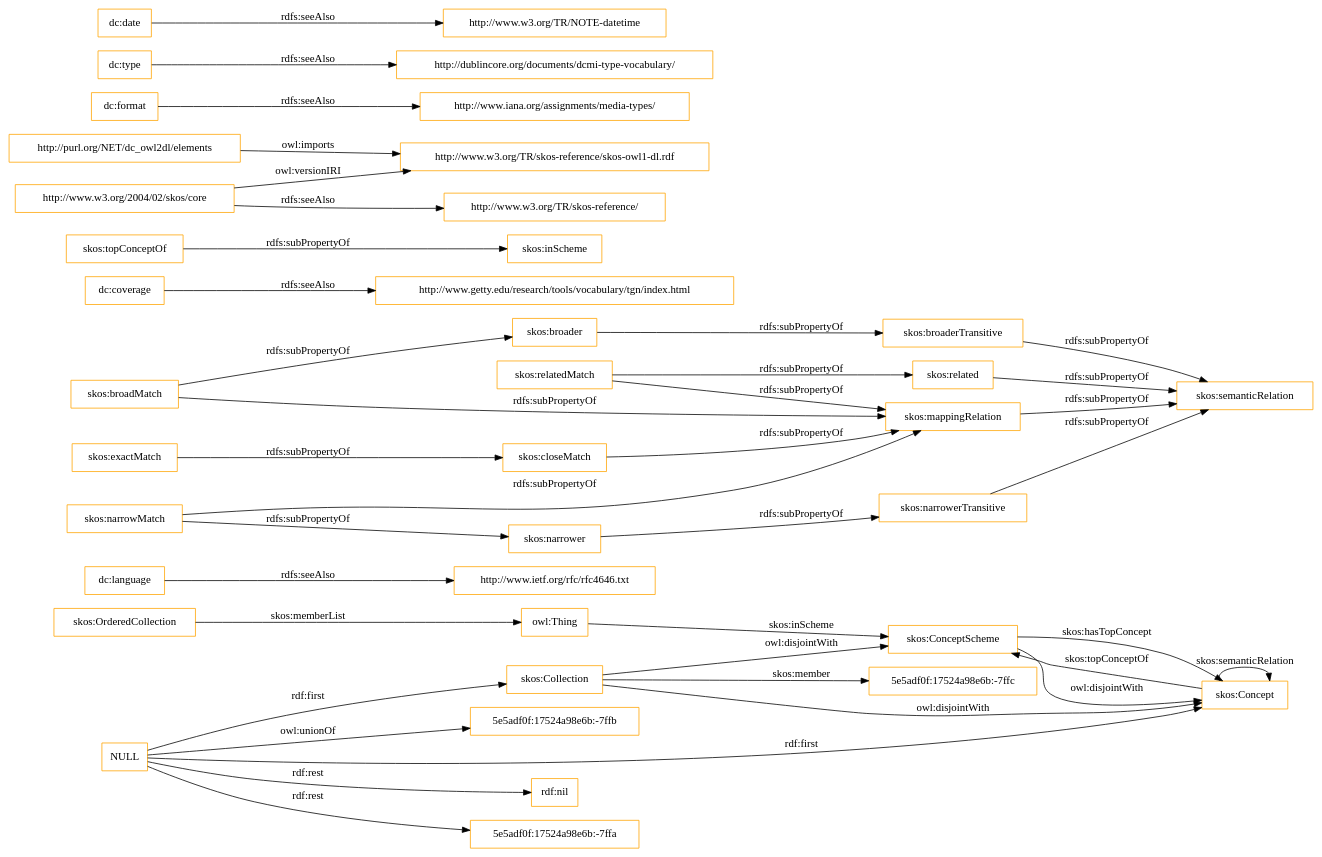
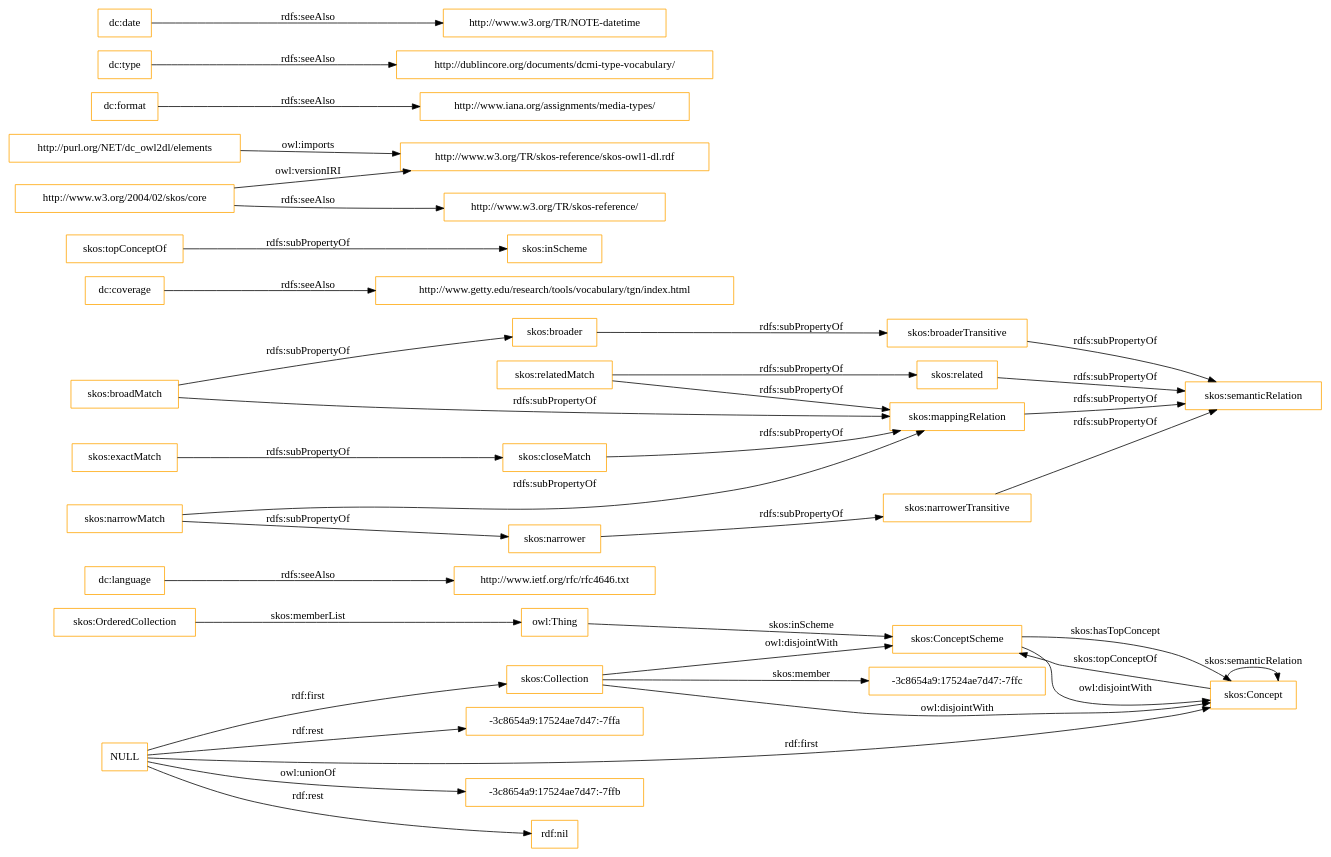
Before and after one commit to OnToologyUser/core-ontology-1: the diagram in OnToology/imports/elements.owl/diagrams/ar2dtool-class/elements.owl.png.dot, drawn with Graphviz. The commit also changed 14 other files, not shown here.

```diff
--- a/OnToology/imports/elements.owl/diagrams/ar2dtool-class/elements.owl.png.dot
+++ b/OnToology/imports/elements.owl/diagrams/ar2dtool-class/elements.owl.png.dot
@@ -1,43 +1,43 @@
 digraph ar2dtool_diagram { 
 rankdir=LR;
 size="1501"
-node [shape = rectangle, color="orange"]; "5e5adf0f:17524a98e6b:-7ffc" "skos:OrderedCollection" "skos:Collection" "skos:ConceptScheme" "skos:Concept" ; /*classes style*/
+node [shape = rectangle, color="orange"]; "-3c8654a9:17524ae7d47:-7ffc" "skos:OrderedCollection" "skos:Collection" "skos:ConceptScheme" "skos:Concept" ; /*classes style*/
 	"dc:language" -> "http://www.ietf.org/rfc/rfc4646.txt" [ label = "rdfs:seeAlso" ];
+	"NULL" -> "-3c8654a9:17524ae7d47:-7ffb" [ label = "owl:unionOf" ];
 	"NULL" -> "rdf:nil" [ label = "rdf:rest" ];
 	"NULL" -> "skos:Collection" [ label = "rdf:first" ];
-	"NULL" -> "5e5adf0f:17524a98e6b:-7ffa" [ label = "rdf:rest" ];
+	"NULL" -> "-3c8654a9:17524ae7d47:-7ffa" [ label = "rdf:rest" ];
 	"NULL" -> "skos:Concept" [ label = "rdf:first" ];
-	"NULL" -> "5e5adf0f:17524a98e6b:-7ffb" [ label = "owl:unionOf" ];
 	"skos:closeMatch" -> "skos:mappingRelation" [ label = "rdfs:subPropertyOf" ];
 	"dc:coverage" -> "http://www.getty.edu/research/tools/vocabulary/tgn/index.html" [ label = "rdfs:seeAlso" ];
 	"skos:relatedMatch" -> "skos:related" [ label = "rdfs:subPropertyOf" ];
 	"skos:relatedMatch" -> "skos:mappingRelation" [ label = "rdfs:subPropertyOf" ];
 	"skos:ConceptScheme" -> "skos:Concept" [ label = "owl:disjointWith" ];
 	"skos:related" -> "skos:semanticRelation" [ label = "rdfs:subPropertyOf" ];
 	"skos:topConceptOf" -> "skos:inScheme" [ label = "rdfs:subPropertyOf" ];
 	"skos:broadMatch" -> "skos:broader" [ label = "rdfs:subPropertyOf" ];
 	"skos:broadMatch" -> "skos:mappingRelation" [ label = "rdfs:subPropertyOf" ];
 	"http://purl.org/NET/dc_owl2dl/elements" -> "http://www.w3.org/TR/skos-reference/skos-owl1-dl.rdf" [ label = "owl:imports" ];
 	"skos:exactMatch" -> "skos:closeMatch" [ label = "rdfs:subPropertyOf" ];
 	"dc:format" -> "http://www.iana.org/assignments/media-types/" [ label = "rdfs:seeAlso" ];
 	"skos:broaderTransitive" -> "skos:semanticRelation" [ label = "rdfs:subPropertyOf" ];
 	"dc:type" -> "http://dublincore.org/documents/dcmi-type-vocabulary/" [ label = "rdfs:seeAlso" ];
 	"skos:broader" -> "skos:broaderTransitive" [ label = "rdfs:subPropertyOf" ];
 	"skos:mappingRelation" -> "skos:semanticRelation" [ label = "rdfs:subPropertyOf" ];
 	"http://www.w3.org/2004/02/skos/core" -> "http://www.w3.org/TR/skos-reference/skos-owl1-dl.rdf" [ label = "owl:versionIRI" ];
 	"http://www.w3.org/2004/02/skos/core" -> "http://www.w3.org/TR/skos-reference/" [ label = "rdfs:seeAlso" ];
 	"skos:Collection" -> "skos:ConceptScheme" [ label = "owl:disjointWith" ];
 	"skos:Collection" -> "skos:Concept" [ label = "owl:disjointWith" ];
 	"skos:narrowMatch" -> "skos:narrower" [ label = "rdfs:subPropertyOf" ];
 	"skos:narrowMatch" -> "skos:mappingRelation" [ label = "rdfs:subPropertyOf" ];
 	"skos:narrower" -> "skos:narrowerTransitive" [ label = "rdfs:subPropertyOf" ];
 	"dc:date" -> "http://www.w3.org/TR/NOTE-datetime" [ label = "rdfs:seeAlso" ];
 	"skos:narrowerTransitive" -> "skos:semanticRelation" [ label = "rdfs:subPropertyOf" ];
 	"skos:OrderedCollection" -> "owl:Thing" [ label = "skos:memberList" ];
 	"skos:Concept" -> "skos:ConceptScheme" [ label = "skos:topConceptOf" ];
 	"skos:Concept" -> "skos:Concept" [ label = "skos:semanticRelation" ];
-	"skos:Collection" -> "5e5adf0f:17524a98e6b:-7ffc" [ label = "skos:member" ];
+	"skos:Collection" -> "-3c8654a9:17524ae7d47:-7ffc" [ label = "skos:member" ];
 	"skos:ConceptScheme" -> "skos:Concept" [ label = "skos:hasTopConcept" ];
 	"owl:Thing" -> "skos:ConceptScheme" [ label = "skos:inScheme" ];
 
 }
```
